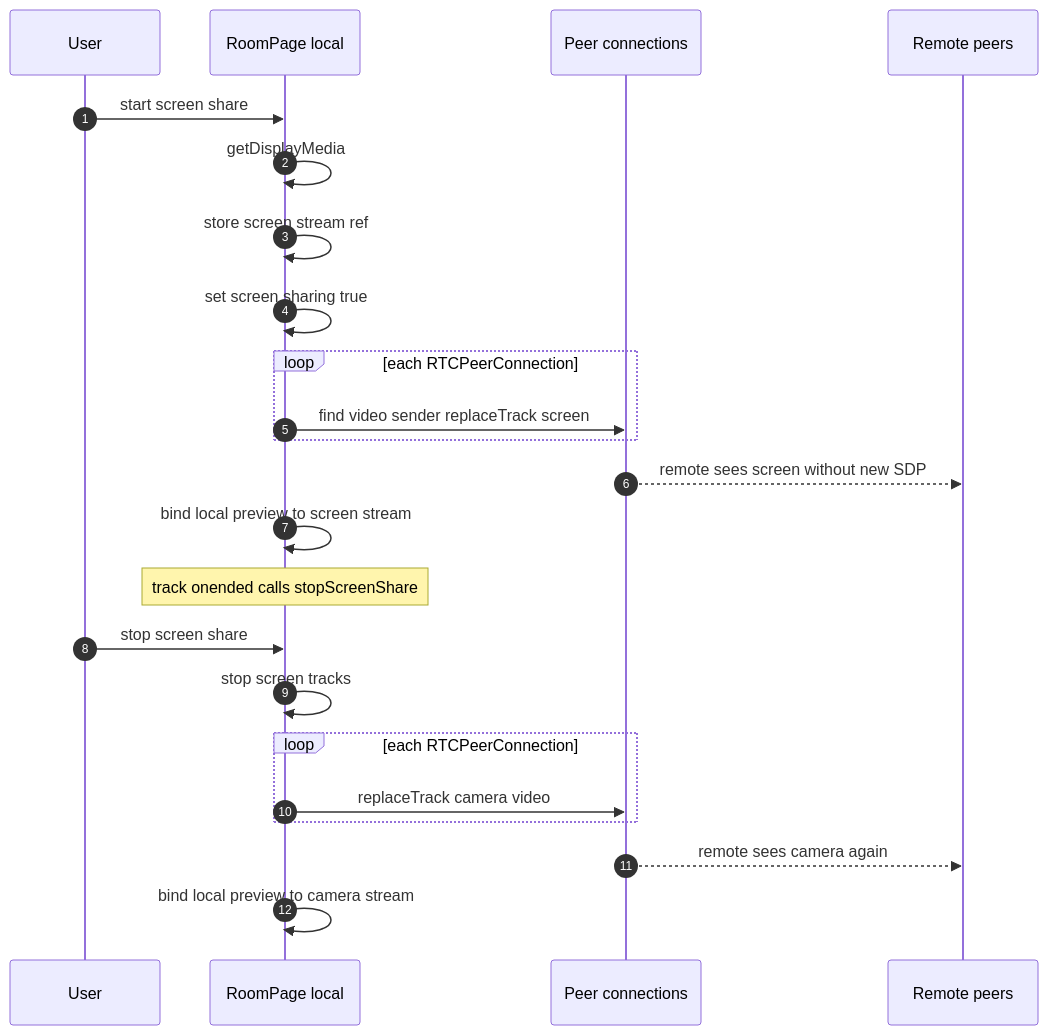
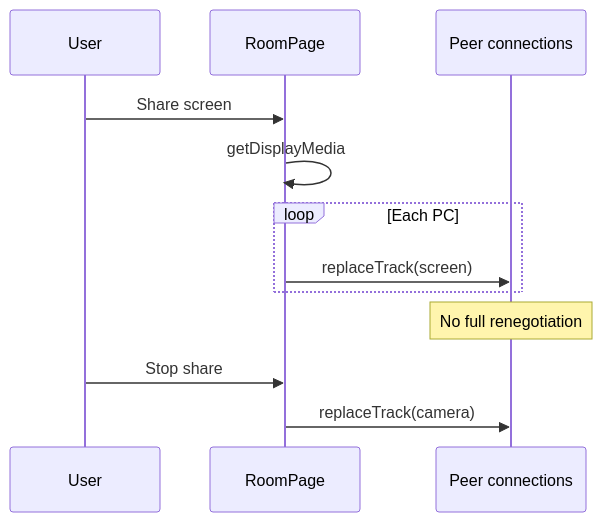
Before and after one commit to subhm2004/NexusRTC-Real-Time-Multi-Peer-Communication: the fifth of 5 diagrams in README.md, drawn with Mermaid. The commit also changed other lines of this file, not shown here.

````diff
--- a/README.md
+++ b/README.md
@@ -415,29 +770,15 @@
 ```mermaid
 sequenceDiagram
-  autonumber
   participant U as User
-  participant L as RoomPage local
-  participant PCs as Peer connections
-  participant R as Remote peers
+  participant L as RoomPage
+  participant P as Peer connections
 
-  U->>L: start screen share
+  U->>L: Share screen
   L->>L: getDisplayMedia
-  L->>L: store screen stream ref
-  L->>L: set screen sharing true
-
-  loop each RTCPeerConnection
-    L->>PCs: find video sender replaceTrack screen
+  loop Each PC
+    L->>P: replaceTrack(screen)
   end
-  PCs-->>R: remote sees screen without new SDP
-
-  L->>L: bind local preview to screen stream
-  Note over L: track onended calls stopScreenShare
-
-  U->>L: stop screen share
-  L->>L: stop screen tracks
-  loop each RTCPeerConnection
-    L->>PCs: replaceTrack camera video
-  end
-  PCs-->>R: remote sees camera again
-  L->>L: bind local preview to camera stream
+  Note over P: No full renegotiation
+  U->>L: Stop share
+  L->>P: replaceTrack(camera)
 ```
````
